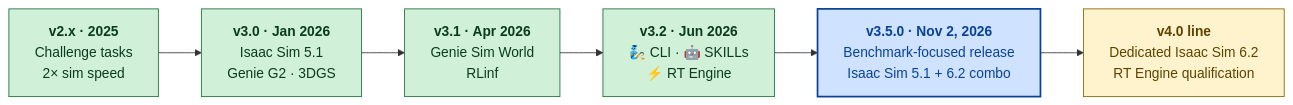
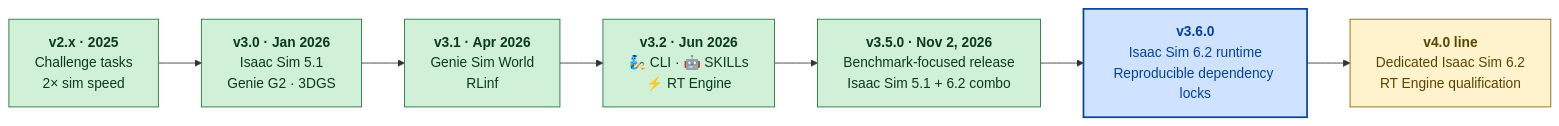
The ninth of 9 diagrams in README.md (AgibotTech/genie_sim), drawn with Mermaid before and after one commit. The commit also changed other lines of this file and 25 other files, not shown here.

````diff
--- a/README.md
+++ b/README.md
@@ -296,17 +296,18 @@
 ```mermaid
 flowchart LR
   v2["<b>v2.x · 2025</b><br/>Challenge tasks<br/>2× sim speed"]
   v30["<b>v3.0 · Jan 2026</b><br/>Isaac Sim 5.1<br/>Genie G2 · 3DGS"]
   v31["<b>v3.1 · Apr 2026</b><br/>Genie Sim World<br/>RLinf"]
   v32["<b>v3.2 · Jun 2026</b><br/>🧞 CLI · 🤖 SKILLs<br/>⚡ RT Engine"]
   v35["<b>v3.5.0 · Nov 2, 2026</b><br/>Benchmark-focused release<br/>Isaac Sim 5.1 + 6.2 combo"]
+  v36["<b>v3.6.0</b><br/>Isaac Sim 6.2 runtime<br/>Reproducible dependency locks"]
   next["<b>v4.0 line</b><br/>Dedicated Isaac Sim 6.2<br/>RT Engine qualification"]
-  v2 --> v30 --> v31 --> v32 --> v35 --> next
+  v2 --> v30 --> v31 --> v32 --> v35 --> v36 --> next
 
   classDef done fill:#d1f0d8,stroke:#1f6f3d,color:#0b3b1f
   classDef current fill:#cfe2ff,stroke:#084298,color:#084298,stroke-width:2px
   classDef future fill:#fff3cd,stroke:#856404,color:#5c4400
-  class v2,v30,v31,v32 done
-  class v35 current
+  class v2,v30,v31,v32,v35 done
+  class v36 current
   class next future
 ```
````
